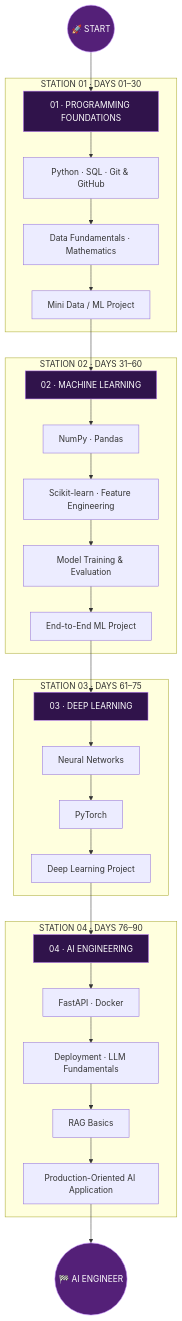
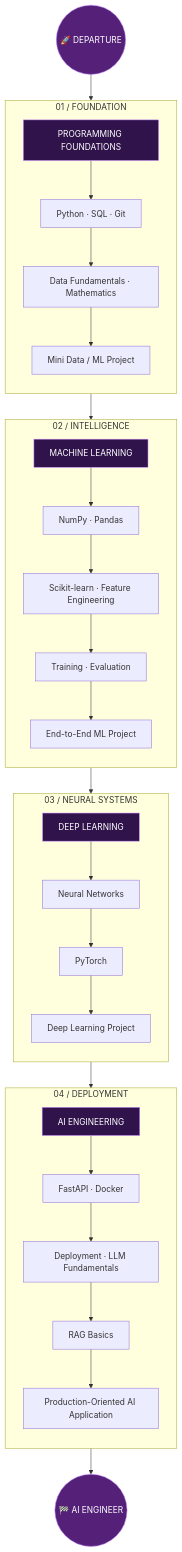
One commit to mahmoudewies/mahmoudewies changed the first of 2 diagrams in README.md. Above: the diagram before and after it, drawn with Mermaid. The commit also changed other lines of this file, not shown here.

````diff
--- a/README.md
+++ b/README.md
@@ -62,53 +84,57 @@
 ```mermaid
-flowchart TD
-    START(("🚀 START")) --> S1
+flowchart TB
+    A(("🚀 DEPARTURE")) --> B
 
-    subgraph P1["STATION 01 · DAYS 01–30"]
-        S1["01 · PROGRAMMING FOUNDATIONS"]
-        S1A["Python · SQL · Git & GitHub"]
-        S1B["Data Fundamentals · Mathematics"]
-        S1C["Mini Data / ML Project"]
-        S1 --> S1A --> S1B --> S1C
+    subgraph S1["01 / FOUNDATION"]
+        direction TB
+        B["PROGRAMMING FOUNDATIONS"]
+        B1["Python · SQL · Git"]
+        B2["Data Fundamentals · Mathematics"]
+        B3["Mini Data / ML Project"]
+        B --> B1 --> B2 --> B3
     end
 
-    S1C --> S2
+    B3 --> C
 
-    subgraph P2["STATION 02 · DAYS 31–60"]
-        S2["02 · MACHINE LEARNING"]
-        S2A["NumPy · Pandas"]
-        S2B["Scikit-learn · Feature Engineering"]
-        S2C["Model Training & Evaluation"]
-        S2D["End-to-End ML Project"]
-        S2 --> S2A --> S2B --> S2C --> S2D
+    subgraph S2["02 / INTELLIGENCE"]
+        direction TB
+        C["MACHINE LEARNING"]
+        C1["NumPy · Pandas"]
+        C2["Scikit-learn · Feature Engineering"]
+        C3["Training · Evaluation"]
+        C4["End-to-End ML Project"]
+        C --> C1 --> C2 --> C3 --> C4
     end
 
-    S2D --> S3
+    C4 --> D
 
-    subgraph P3["STATION 03 · DAYS 61–75"]
-        S3["03 · DEEP LEARNING"]
-        S3A["Neural Networks"]
-        S3B["PyTorch"]
-        S3C["Deep Learning Project"]
-        S3 --> S3A --> S3B --> S3C
+    subgraph S3["03 / NEURAL SYSTEMS"]
+        direction TB
+        D["DEEP LEARNING"]
+        D1["Neural Networks"]
+        D2["PyTorch"]
+        D3["Deep Learning Project"]
+        D --> D1 --> D2 --> D3
     end
 
-    S3C --> S4
+    D3 --> E
 
-    subgraph P4["STATION 04 · DAYS 76–90"]
-        S4["04 · AI ENGINEERING"]
-        S4A["FastAPI · Docker"]
-        S4B["Deployment · LLM Fundamentals"]
-        S4C["RAG Basics"]
-        S4D["Production-Oriented AI Application"]
-        S4 --> S4A --> S4B --> S4C --> S4D
+    subgraph S4["04 / DEPLOYMENT"]
+        direction TB
+        E["AI ENGINEERING"]
+        E1["FastAPI · Docker"]
+        E2["Deployment · LLM Fundamentals"]
+        E3["RAG Basics"]
+        E4["Production-Oriented AI Application"]
+        E --> E1 --> E2 --> E3 --> E4
     end
 
-    S4D --> DEST(("🏁 AI ENGINEER"))
+    E4 --> F(("🏁 AI ENGINEER"))
 
-    style START fill:#542078,color:#fff,stroke:#C084FC
-    style DEST fill:#542078,color:#fff,stroke:#C084FC
-    style S1 fill:#30134B,color:#fff,stroke:#C084FC
-    style S2 fill:#30134B,color:#fff,stroke:#C084FC
-    style S3 fill:#30134B,color:#fff,stroke:#C084FC
-    style S4 fill:#30134B,color:#fff,stroke:#C084FC
+    style A fill:#542078,color:#fff,stroke:#C084FC
+    style F fill:#542078,color:#fff,stroke:#C084FC
+    style B fill:#30134B,color:#fff,stroke:#C084FC
+    style C fill:#30134B,color:#fff,stroke:#C084FC
+    style D fill:#30134B,color:#fff,stroke:#C084FC
+    style E fill:#30134B,color:#fff,stroke:#C084FC
 ```
````
